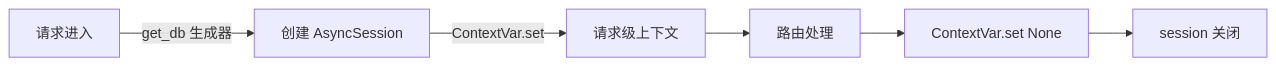
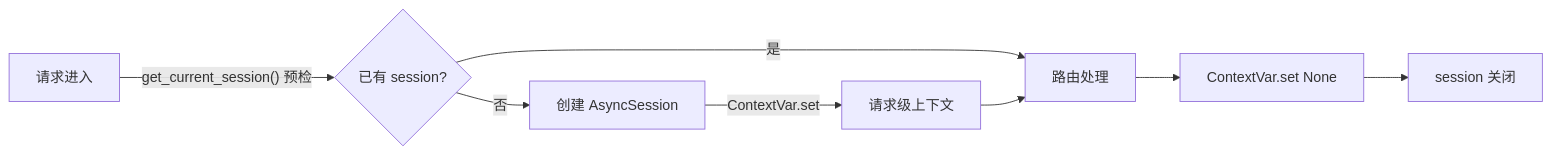
One commit to jiangwch03/knowledge changed the second of 6 diagrams in docs/architecture/中间件链与注解切面.md. Above: the diagram before and after it, drawn with Mermaid. The commit also changed other lines of this file and 300 other files, not shown here.

````diff
--- a/docs/architecture/中间件链与注解切面.md
+++ b/docs/architecture/中间件链与注解切面.md
@@ -47,8 +47,10 @@
 ```mermaid
 graph LR
-    Req["请求进入"] -->|"get_db 生成器"| Session["创建 AsyncSession"]
-    Session -->|"ContextVar.set"| Ctx["请求级上下文"]
-    Ctx --> Handler["路由处理"]
+    Req["请求进入"] -->|"get_current_session() 预检"| Exist{"已有 session?"}
+    Exist -->|是| Handler["路由处理"]
+    Exist -->|否| NewSession["创建 AsyncSession"]
+    NewSession -->|"ContextVar.set"| Ctx["请求级上下文"]
+    Ctx --> Handler
     Handler --> Cleanup["ContextVar.set None"]
     Cleanup --> Close["session 关闭"]
 ```
````
